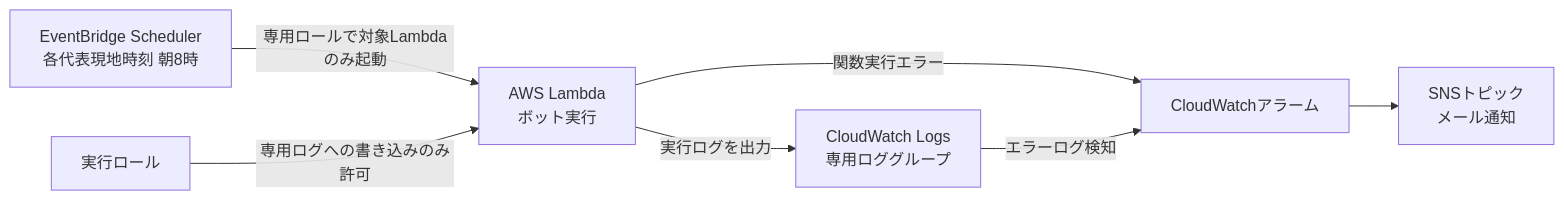
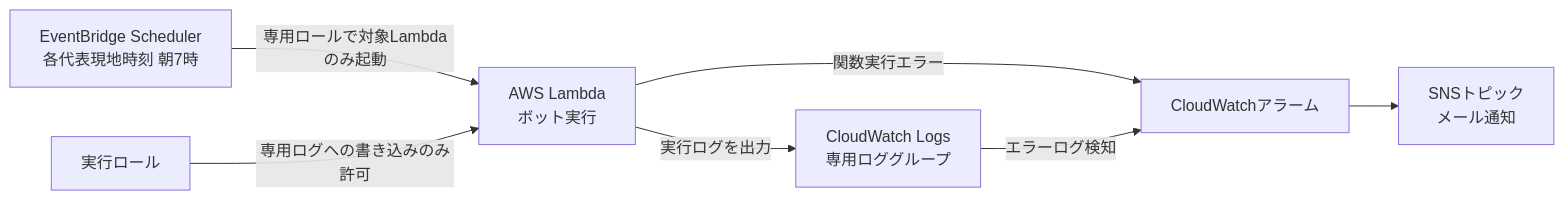
Before and after one commit to shin4488/MlbBot: the second of 2 diagrams in infra/README.md, drawn with Mermaid. The commit also changed other lines of this file and 4 other files, not shown here.

````diff
--- a/infra/README.md
+++ b/infra/README.md
@@ -46,9 +46,9 @@
 ```mermaid
 flowchart LR
-    E["EventBridge Scheduler<br>各代表現地時刻 朝8時"] -->|専用ロールで対象Lambdaのみ起動| L["AWS Lambda<br>ボット実行"]
+    E["EventBridge Scheduler<br>各代表現地時刻 朝7時"] -->|専用ロールで対象Lambdaのみ起動| L["AWS Lambda<br>ボット実行"]
     R["実行ロール"] -->|専用ログへの書き込みのみ許可| L
     L -->|実行ログを出力| G["CloudWatch Logs<br>専用ロググループ"]
     L -->|関数実行エラー| A["CloudWatchアラーム"]
     G -->|エラーログ検知| A
     A --> S["SNSトピック<br>メール通知"]
 ```
````
